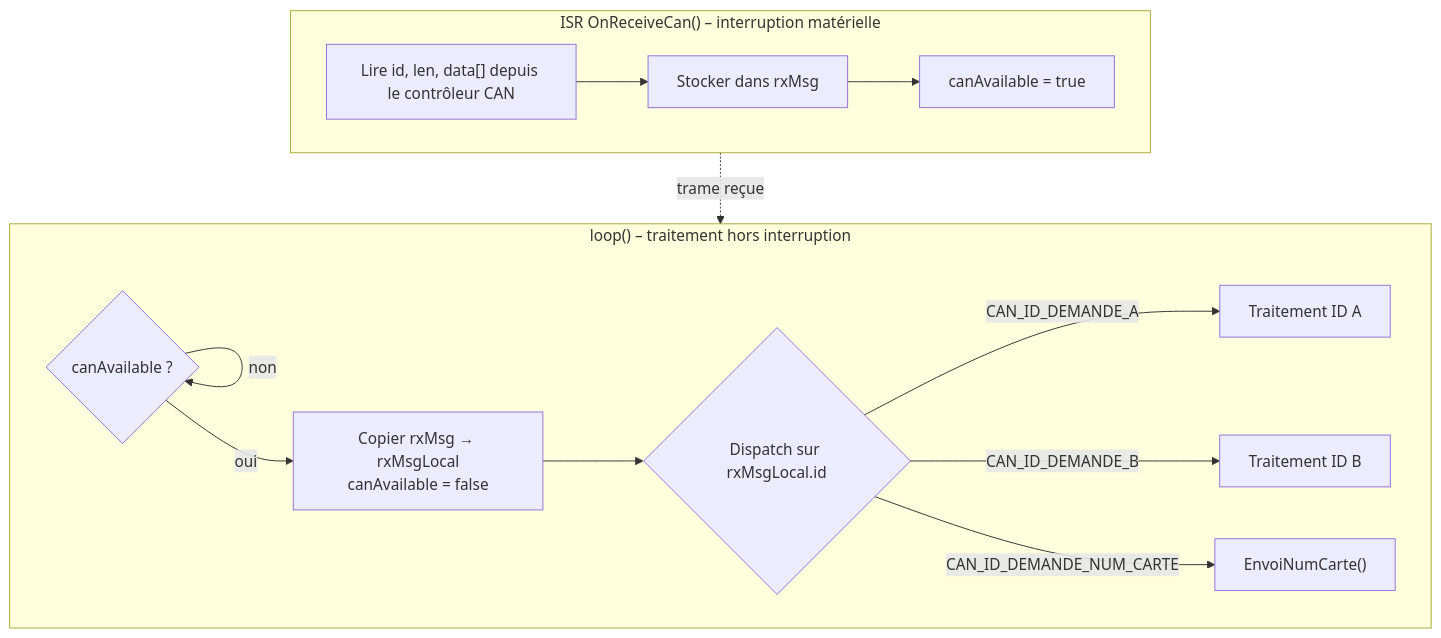
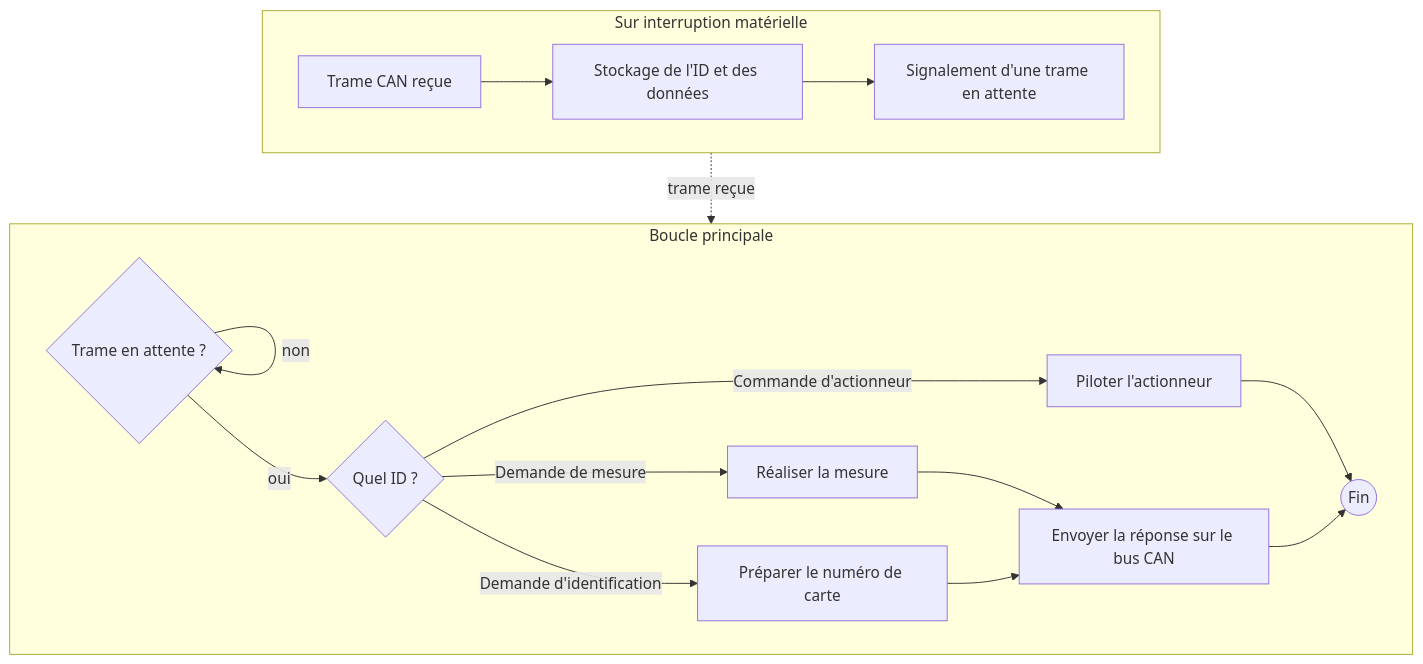
Before and after one commit to baptisteB00/Projet_LAOS: the ninth of 9 diagrams in docs/can_protocol.md, drawn with Mermaid. The commit also changed other lines of this file and 1 other file, not shown here.

Commit message:
docs : simplification des algorigrammes de réception CAN et série
Réécriture des deux algorigrammes mermaid en vue conceptuelle :
plus aucune référence aux noms de variables ou de fonctions du code,
mais conservation du niveau de détail intermédiaire (ISR vs boucle
principale pour CAN, accumulation + dispatch pour série).

````diff
--- a/docs/can_protocol.md
+++ b/docs/can_protocol.md
@@ -337,25 +335,21 @@
 ```mermaid
 flowchart TD
-    subgraph ISR["ISR OnReceiveCan() – interruption matérielle"]
-        I1["Lire id, len, data[] depuis le contrôleur CAN"]
-        I2["Stocker dans rxMsg"]
-        I3["canAvailable = true"]
-        I1 --> I2 --> I3
+    subgraph INT["Sur interruption matérielle"]
+        I1["Trame CAN reçue"] --> I2["Stockage de l'ID et des données"]
+        I2 --> I3["Signalement d'une trame en attente"]
     end
 
-    subgraph LOOP["loop() – traitement hors interruption"]
-        L1{"canAvailable ?"}
-        L2["Copier rxMsg → rxMsgLocal<br/>canAvailable = false"]
-        L3{"Dispatch sur rxMsgLocal.id"}
-        L4A["Traitement ID A"]
-        L4B["Traitement ID B"]
-        L4C["EnvoiNumCarte()"]
-        L1 -->|non| L1
-        L1 -->|oui| L2 --> L3
-        L3 -->|CAN_ID_DEMANDE_A| L4A
-        L3 -->|CAN_ID_DEMANDE_B| L4B
-        L3 -->|CAN_ID_DEMANDE_NUM_CARTE| L4C
+    subgraph MAIN["Boucle principale"]
+        M1{"Trame en attente ?"} -->|non| M1
+        M1 -->|oui| M2{"Quel ID ?"}
+        M2 -->|Demande de mesure| M3A["Réaliser la mesure"]
+        M2 -->|Demande d'identification| M3B["Préparer le numéro de carte"]
+        M2 -->|Commande d'actionneur| M3C["Piloter l'actionneur"]
+        M3A --> M4["Envoyer la réponse sur le bus CAN"]
+        M3B --> M4
+        M3C --> END(("Fin"))
+        M4 --> END
     end
 
-    ISR -.->|trame reçue| LOOP
+    INT -.->|trame reçue| MAIN
 ```
````
